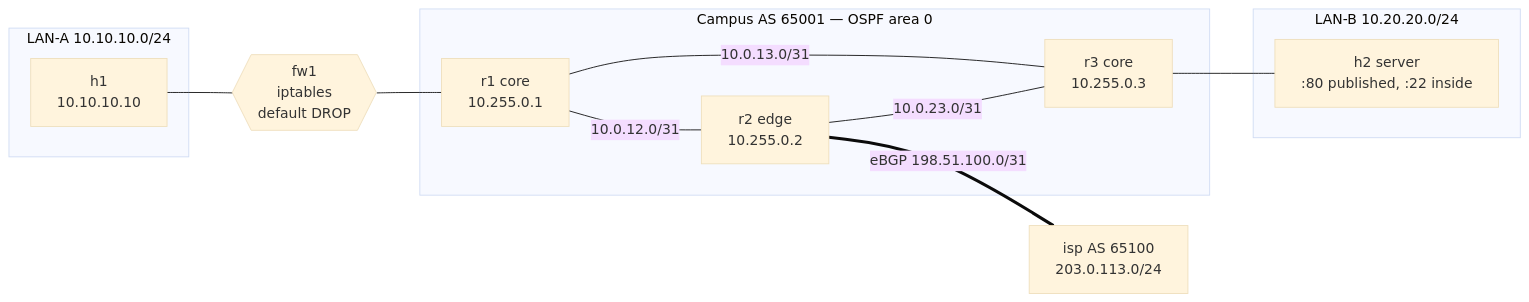
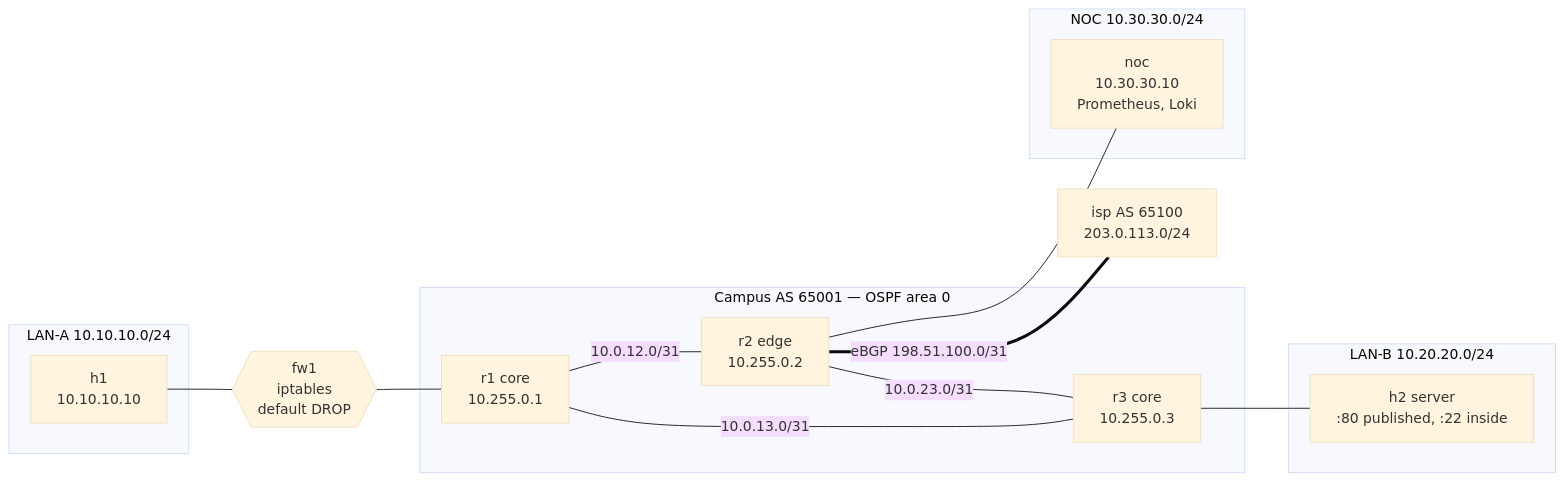
The diagram in README.md (DoctorMen/network-automation-lab), drawn with Mermaid (base theme) before and after one commit. The commit also changed other lines of this file and 49 other files, not shown here.

````diff
--- a/README.md
+++ b/README.md
@@ -8,23 +8,27 @@
 ```mermaid
 flowchart LR
     subgraph LANA["LAN-A 10.10.10.0/24"]
         h1["h1<br/>10.10.10.10"]
     end
     fw1{{"fw1<br/>iptables<br/>default DROP"}}
     subgraph CAMPUS["Campus AS 65001 — OSPF area 0"]
         r1["r1 core<br/>10.255.0.1"]
         r2["r2 edge<br/>10.255.0.2"]
         r3["r3 core<br/>10.255.0.3"]
     end
     subgraph LANB["LAN-B 10.20.20.0/24"]
         h2["h2 server<br/>:80 published, :22 inside"]
     end
     isp["isp AS 65100<br/>203.0.113.0/24"]
+    subgraph NOC["NOC 10.30.30.0/24"]
+        noc["noc<br/>10.30.30.10<br/>Prometheus, Loki"]
+    end
 
     h1 --- fw1 --- r1
     r1 ---|"10.0.12.0/31"| r2
     r2 ---|"10.0.23.0/31"| r3
     r1 ---|"10.0.13.0/31"| r3
     r3 --- h2
     r2 ===|"eBGP 198.51.100.0/31"| isp
+    r2 --- noc
 ```
````
